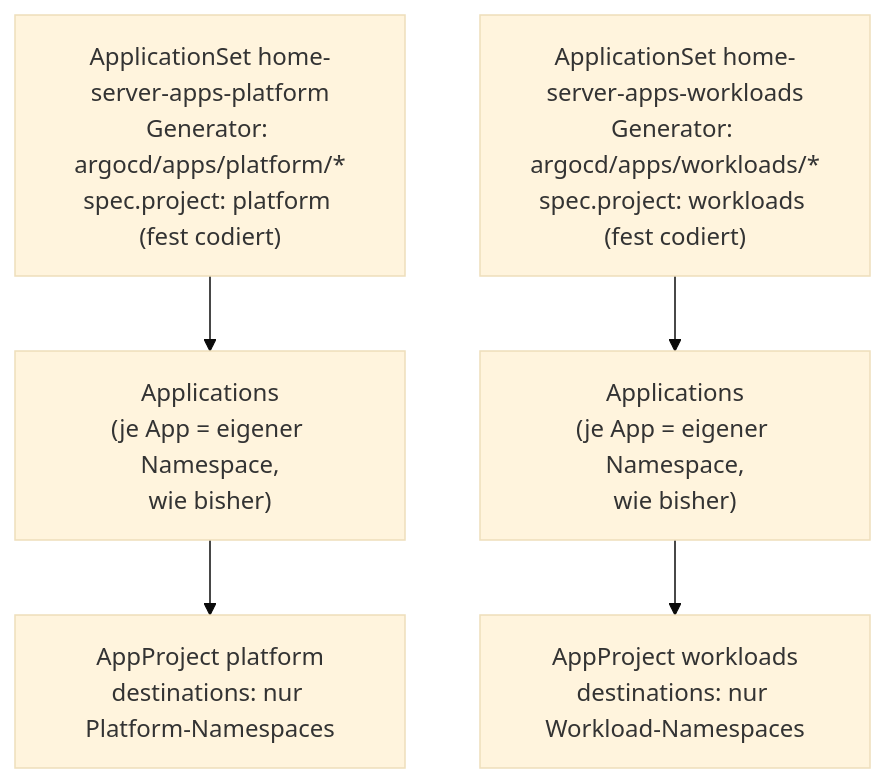
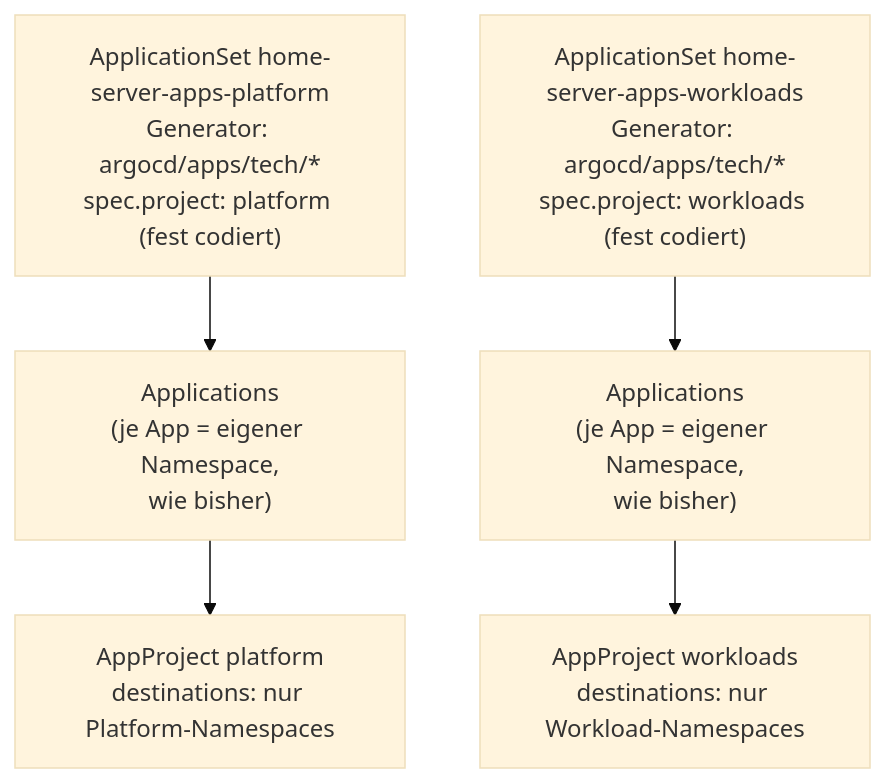
The diagram in docs/b-kubernetes-gitops/b0020-argocd-projects.md (pkr-lab/capulus-core), drawn with Mermaid (base theme) before and after one commit. The commit also changed other lines of this file and 501 other files, not shown here.

First line of the commit message:
refactor: argocd/apps/platform -> tech, workloads aufloesen (ein Projekt/ApplicationSet tech)

````diff
--- a/docs/b-kubernetes-gitops/b0020-argocd-projects.md
+++ b/docs/b-kubernetes-gitops/b0020-argocd-projects.md
@@ -64,7 +64,7 @@
 ```mermaid
 flowchart TB
-    AS1["ApplicationSet home-server-apps-platform<br/>Generator: argocd/apps/platform/*<br/>spec.project: platform (fest codiert)"] --> APPS1["Applications<br/>(je App = eigener Namespace,<br/>wie bisher)"]
-    AS2["ApplicationSet home-server-apps-workloads<br/>Generator: argocd/apps/workloads/*<br/>spec.project: workloads (fest codiert)"] --> APPS2["Applications<br/>(je App = eigener Namespace,<br/>wie bisher)"]
+    AS1["ApplicationSet home-server-apps-platform<br/>Generator: argocd/apps/tech/*<br/>spec.project: platform (fest codiert)"] --> APPS1["Applications<br/>(je App = eigener Namespace,<br/>wie bisher)"]
+    AS2["ApplicationSet home-server-apps-workloads<br/>Generator: argocd/apps/tech/*<br/>spec.project: workloads (fest codiert)"] --> APPS2["Applications<br/>(je App = eigener Namespace,<br/>wie bisher)"]
     APPS1 --> PP["AppProject platform<br/>destinations: nur Platform-Namespaces"]
     APPS2 --> PW["AppProject workloads<br/>destinations: nur Workload-Namespaces"]
 ```
````
